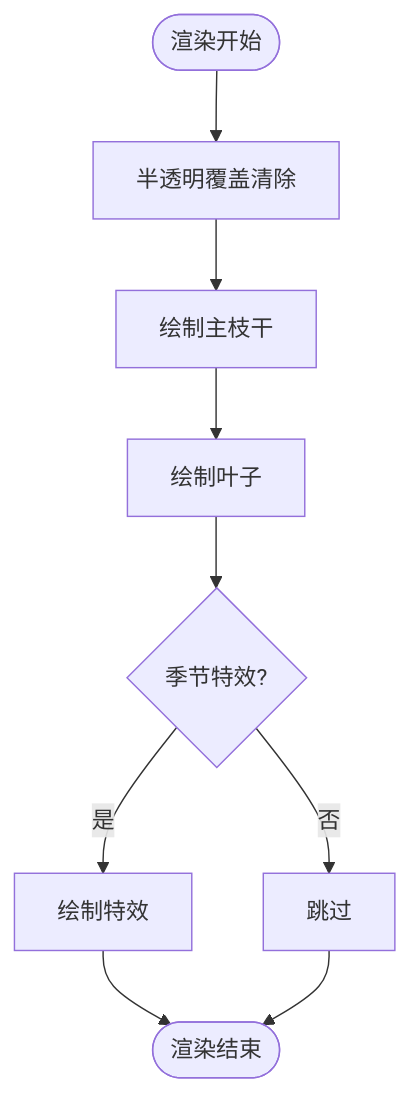
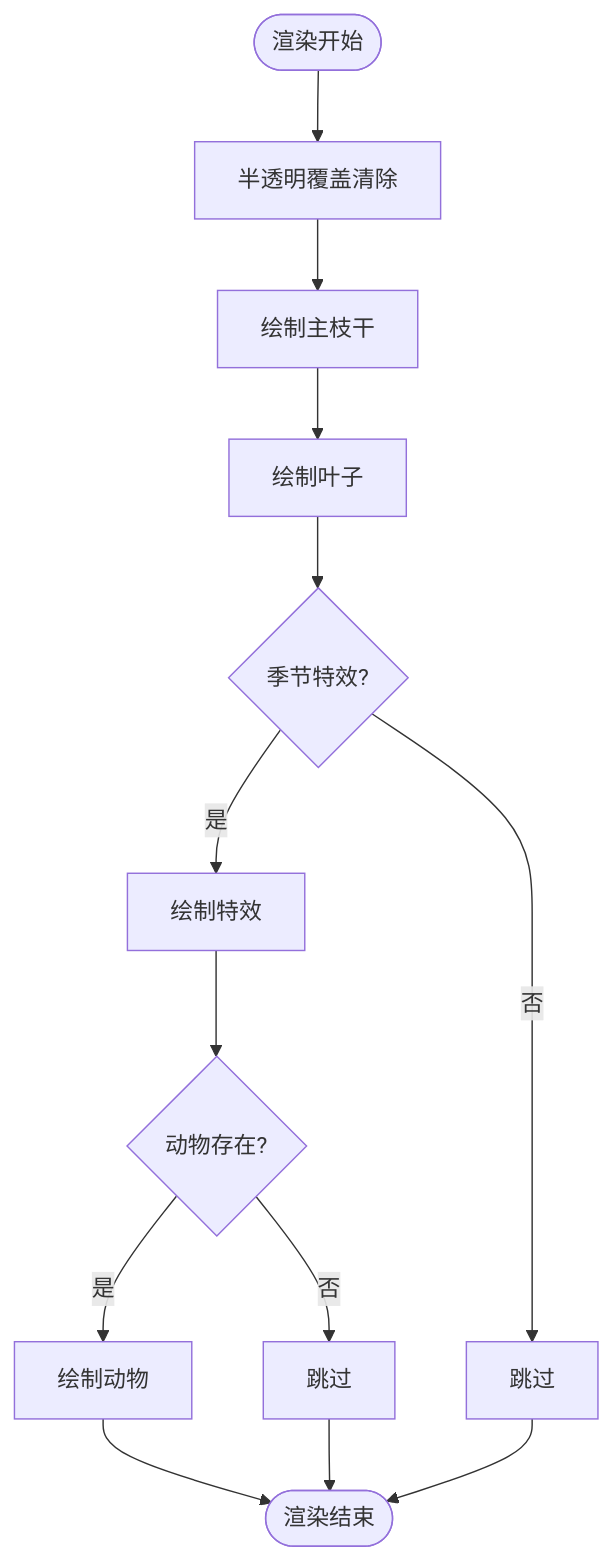
One commit to yuyezhizhi/yuyezhizhi.github.io changed the ninth of 13 diagrams in .qoder/repowiki/zh/content/Fractal Tree Animation.md. Above: the diagram before and after it, drawn with Mermaid. The commit also changed other lines of this file and 19 other files, not shown here.

````diff
--- a/.qoder/repowiki/zh/content/Fractal Tree Animation.md
+++ b/.qoder/repowiki/zh/content/Fractal Tree Animation.md
@@ -291,11 +327,15 @@
 ```mermaid
 flowchart TD
 Start([渲染开始]) --> Clear[半透明覆盖清除]
 Clear --> Branch[绘制主枝干]
 Branch --> Leaf[绘制叶子]
 Leaf --> SeasonCheck{季节特效?}
 SeasonCheck --> |是| SpecialEffect[绘制特效]
 SeasonCheck --> |否| Skip[跳过]
-SpecialEffect --> End([渲染结束])
+SpecialEffect --> AnimalCheck{动物存在?}
+AnimalCheck --> |是| DrawAnimals[绘制动物]
+AnimalCheck --> |否| SkipAnimals[跳过]
+DrawAnimals --> End([渲染结束])
+SkipAnimals --> End
 Skip --> End
 ```
````
